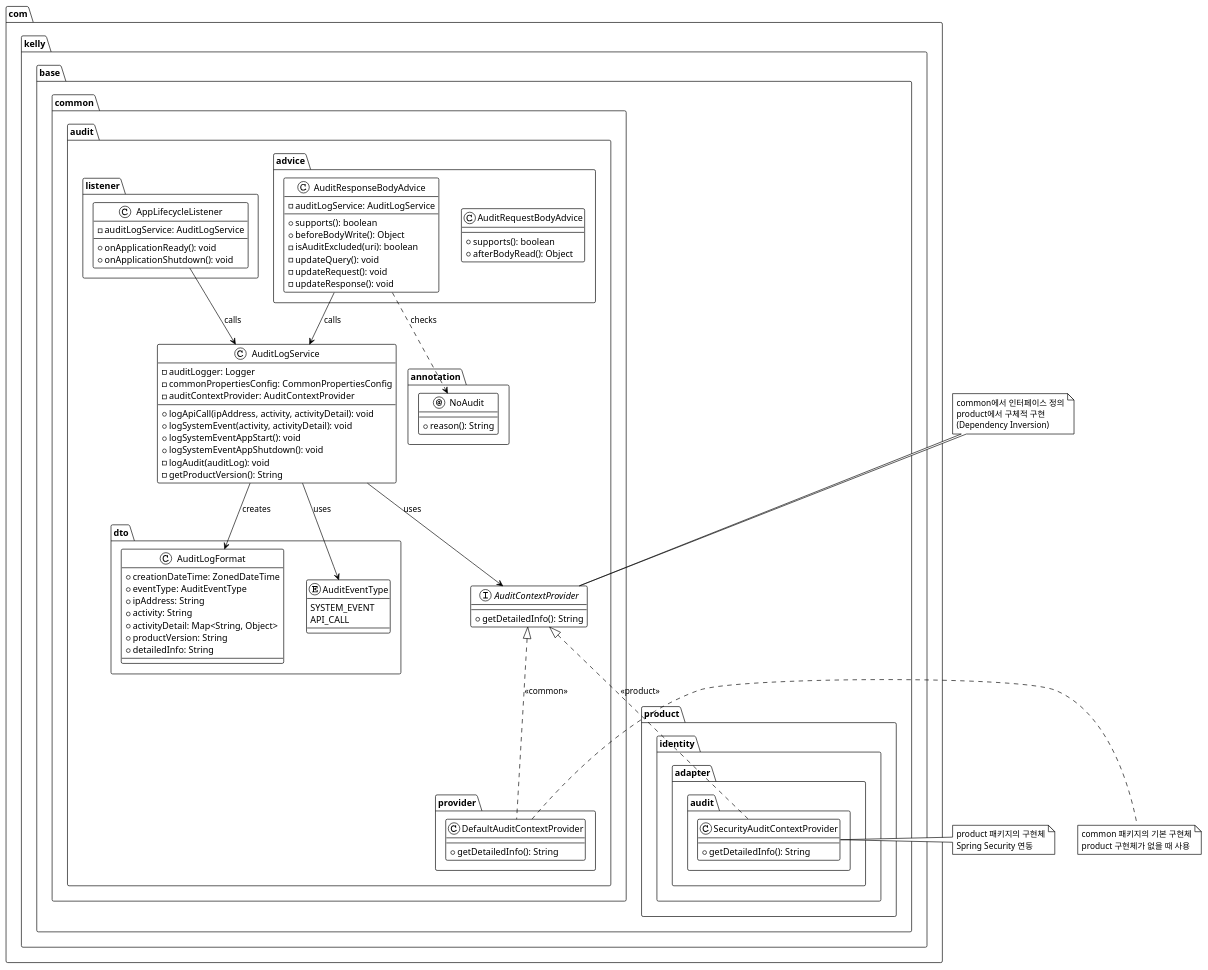
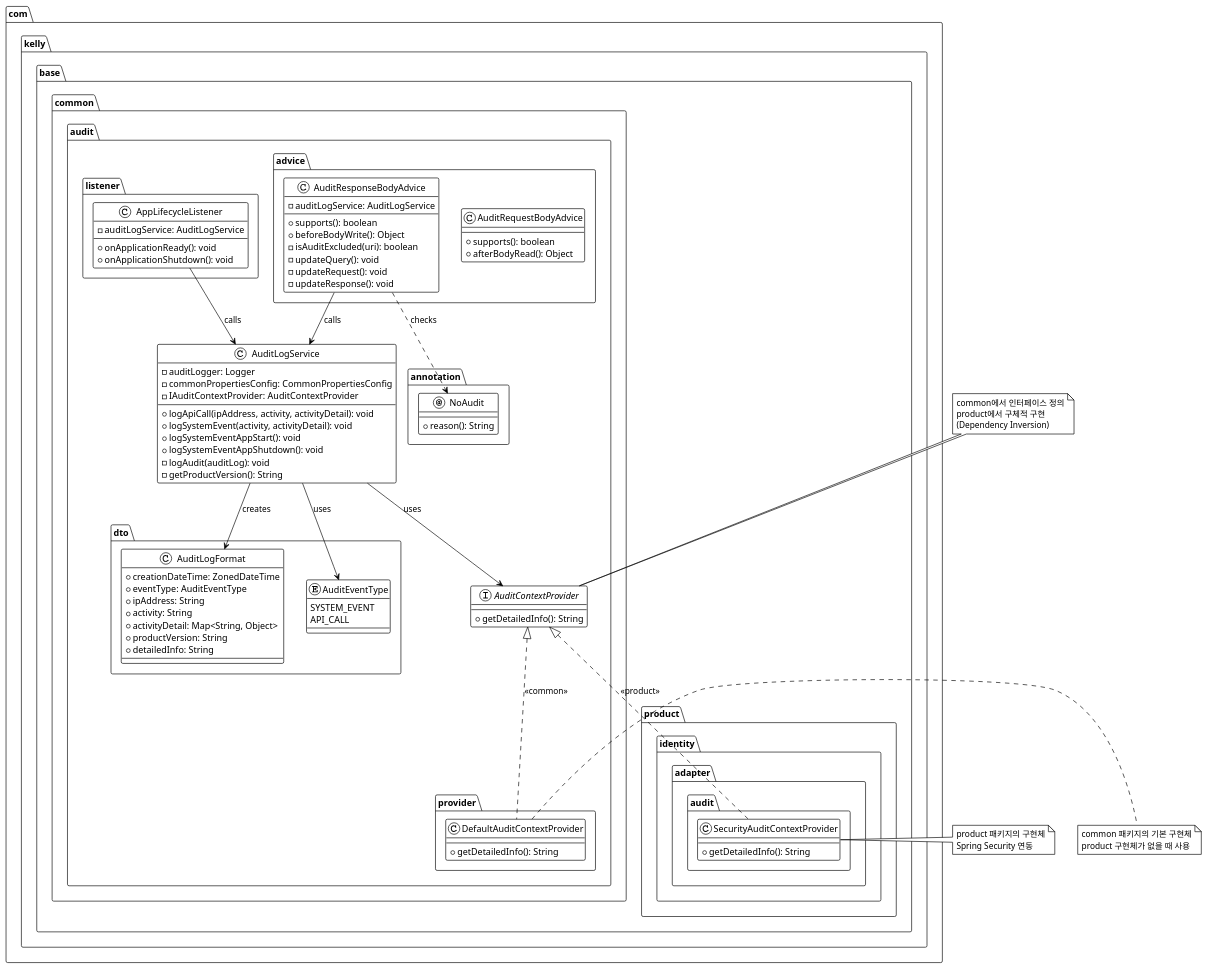
The third of 3 diagrams in origin/docs/AUDIT_GUIDE.md (SeoKanghee/base-backend), drawn with PlantUML before and after one commit. The commit also changed other lines of this file and 50 other files, not shown here.

```diff
--- a/origin/docs/AUDIT_GUIDE.md
+++ b/origin/docs/AUDIT_GUIDE.md
@@ -194,7 +196,7 @@
   class AuditLogService {
     -auditLogger: Logger
     -commonPropertiesConfig: CommonPropertiesConfig
-    -auditContextProvider: AuditContextProvider
+    -IAuditContextProvider: AuditContextProvider
     +logApiCall(ipAddress, activity, activityDetail): void
     +logSystemEvent(activity, activityDetail): void
     +logSystemEventAppStart(): void
```
